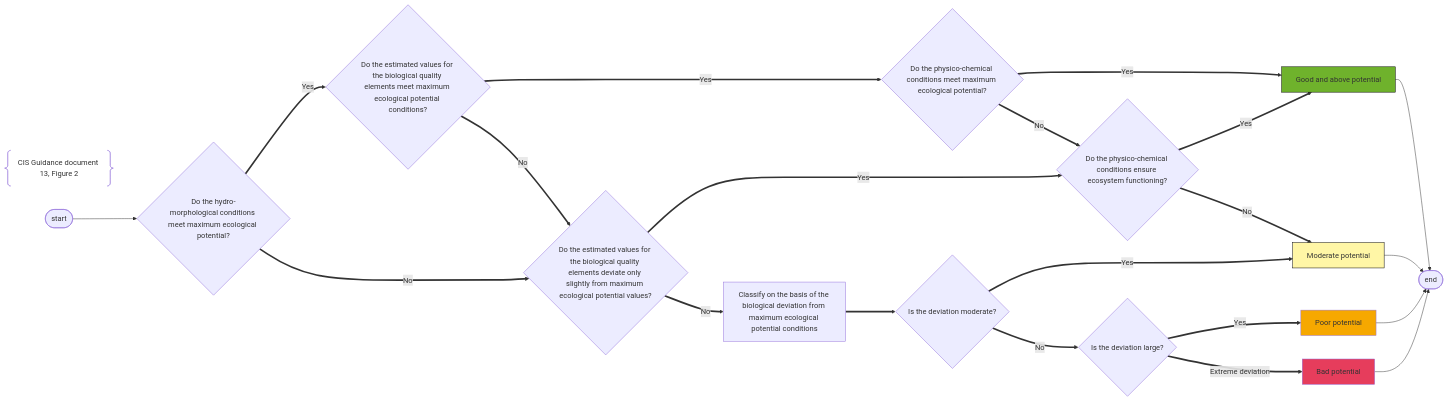
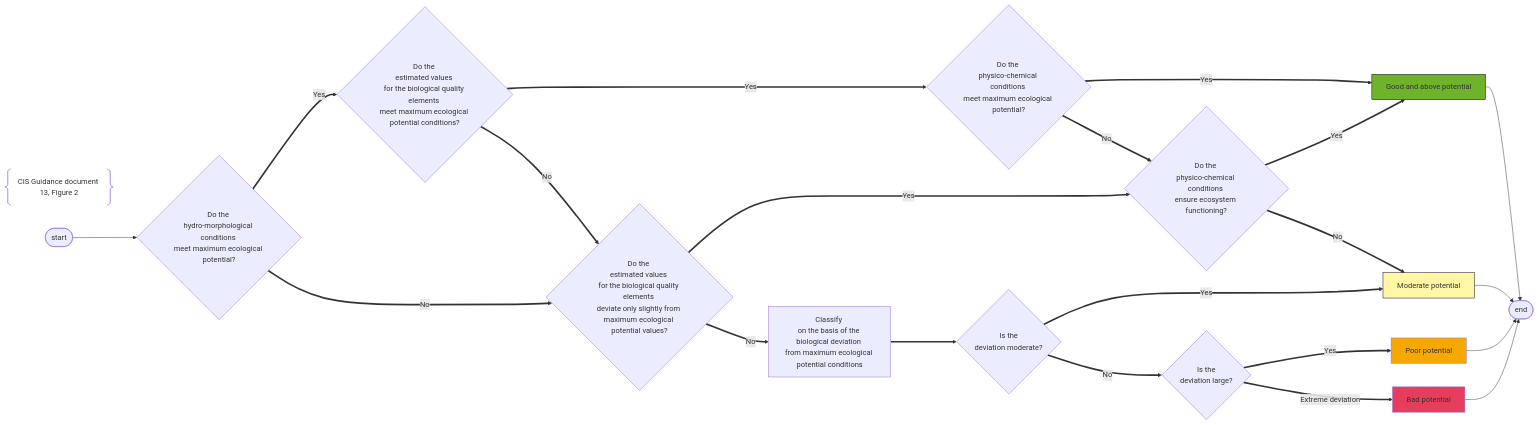
Before and after one commit to eeadata/WISE.WFD.Documentation: the diagram in docs/DataModelReview/mmd/SurfaceWater_EcologicalPotential_CISGuidance_Flowchart.mmd, drawn with Mermaid. The commit also changed 4 other files, not shown here.

Commit message:
Inserting forced line breaks into the flowcharts

```diff
--- a/docs/DataModelReview/mmd/SurfaceWater_EcologicalPotential_CISGuidance_Flowchart.mmd
+++ b/docs/DataModelReview/mmd/SurfaceWater_EcologicalPotential_CISGuidance_Flowchart.mmd
@@ -1,68 +1,68 @@
 ---
 config:
   layout: dagre
 ---
 
 flowchart LR
 
 title@{ shape: braces, label: "CIS Guidance document 13, Figure 2" }
 
     %% Defining the nodes
 
     initial([start])
     final([end])
     
     Good["Good and above potential"]:::Green
     Moderate["Moderate potential"]:::Yellow
     Poor["Poor potential"]:::Orange
     Bad["Bad potential"]:::Red    
 
-    is_HyMoQE_Good{"Do the hydro-morphological conditions meet maximum ecological potential?"}
-    is_BQE_High{"Do the estimated values for the biological quality elements meet maximum ecological potential conditions?"}
-    is_BQE_Good{"Do the estimated values for the biological quality elements deviate only slightly from maximum ecological potential values?"}
+    is_HyMoQE_Good{"Do the <br/>hydro-morphological conditions <br/>meet maximum ecological potential?"}
+    is_BQE_High{"Do the <br/>estimated values <br/>for the biological quality elements <br/>meet maximum ecological potential conditions?"}
+    is_BQE_Good{"Do the <br/>estimated values <br/>for the biological quality elements <br/>deviate only slightly from maximum ecological potential values?"}
 
-    is_PhysChemQE_High{"Do the physico-chemical conditions meet maximum ecological potential?"}
-    is_PhysChemQE_Good{"Do the physico-chemical conditions ensure ecosystem functioning?"}
+    is_PhysChemQE_High{"Do the <br/>physico-chemical conditions <br/>meet maximum ecological potential?"}
+    is_PhysChemQE_Good{"Do the <br/>physico-chemical conditions <br/>ensure ecosystem functioning?"}
     
-    ClassifyUsingBQEOnly["Classify on the basis of the biological deviation from maximum ecological potential conditions"]
-    is_BQE_Moderate{"Is the deviation moderate?"}
-    is_BQE_Poor{"Is the deviation large?"}
+    ClassifyUsingBQEOnly["Classify <br/>on the basis of the <br/>biological deviation <br/>from maximum ecological potential conditions"]
+    is_BQE_Moderate{"Is the <br/>deviation moderate?"}
+    is_BQE_Poor{"Is the <br/>deviation large?"}
 
     %% Flow 
 
     initial --> is_HyMoQE_Good
     
     is_HyMoQE_Good ==> |Yes|is_BQE_High
     is_BQE_High ====> |Yes|is_PhysChemQE_High
     is_PhysChemQE_High ==>|Yes|Good
 
     is_PhysChemQE_High ==>|No|is_PhysChemQE_Good
     is_PhysChemQE_Good ==>|Yes|Good
 
     is_HyMoQE_Good ==> |No|is_BQE_Good
     is_BQE_High ==>|No|is_BQE_Good
     is_BQE_Good ==>|Yes|is_PhysChemQE_Good
     
     Good --> final
     
     is_PhysChemQE_Good ==>|No|Moderate
     
     is_BQE_Good ==>|No|ClassifyUsingBQEOnly
     ClassifyUsingBQEOnly ==> is_BQE_Moderate
     is_BQE_Moderate ==>|Yes|Moderate
     Moderate --> final
     
     is_BQE_Moderate ==>|No|is_BQE_Poor
     is_BQE_Poor ==>|Yes|Poor
     Poor --> final
     
     is_BQE_Poor ==>|Extreme deviation|Bad
     Bad --> final
 
     %% styling
     classDef state stroke-width:4px,fill:transparent
     classDef Blue fill:#5893A9,stroke:black;
     classDef Green fill:#6FB22C,stroke:black;
     classDef Yellow fill:#FFF6A6,stroke:black;
     classDef Orange fill:#F6A800,black;
     classDef Red fill:#E63D5C,black;
```
